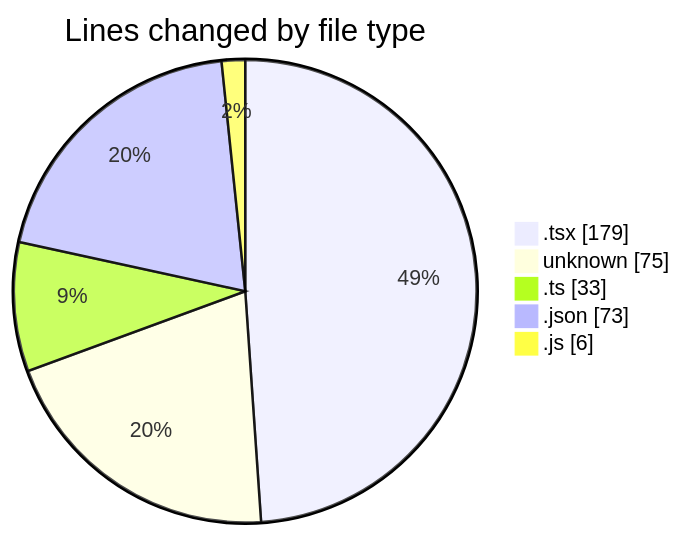
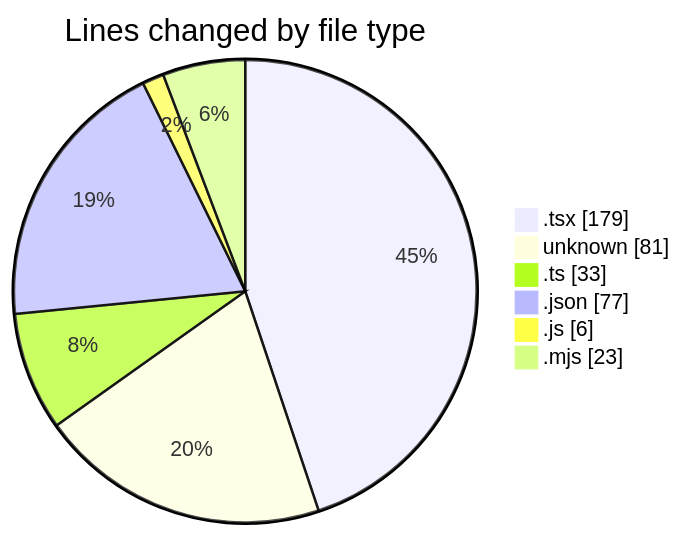
The first of 2 diagrams in 2025-05-21/niten/README.md (Elitesun/code-tracking), drawn with Mermaid before and after one commit. The commit also changed other lines of this file and 1 other file, not shown here.

````diff
--- a/2025-05-21/niten/README.md
+++ b/2025-05-21/niten/README.md
@@ -29,9 +30,10 @@
 ```mermaid
 pie showData
 title Lines changed by file type
 ".tsx" : 179
-"unknown" : 75
+"unknown" : 81
 ".ts" : 33
-".json" : 73
+".json" : 77
 ".js" : 6
+".mjs" : 23
 ```
````
